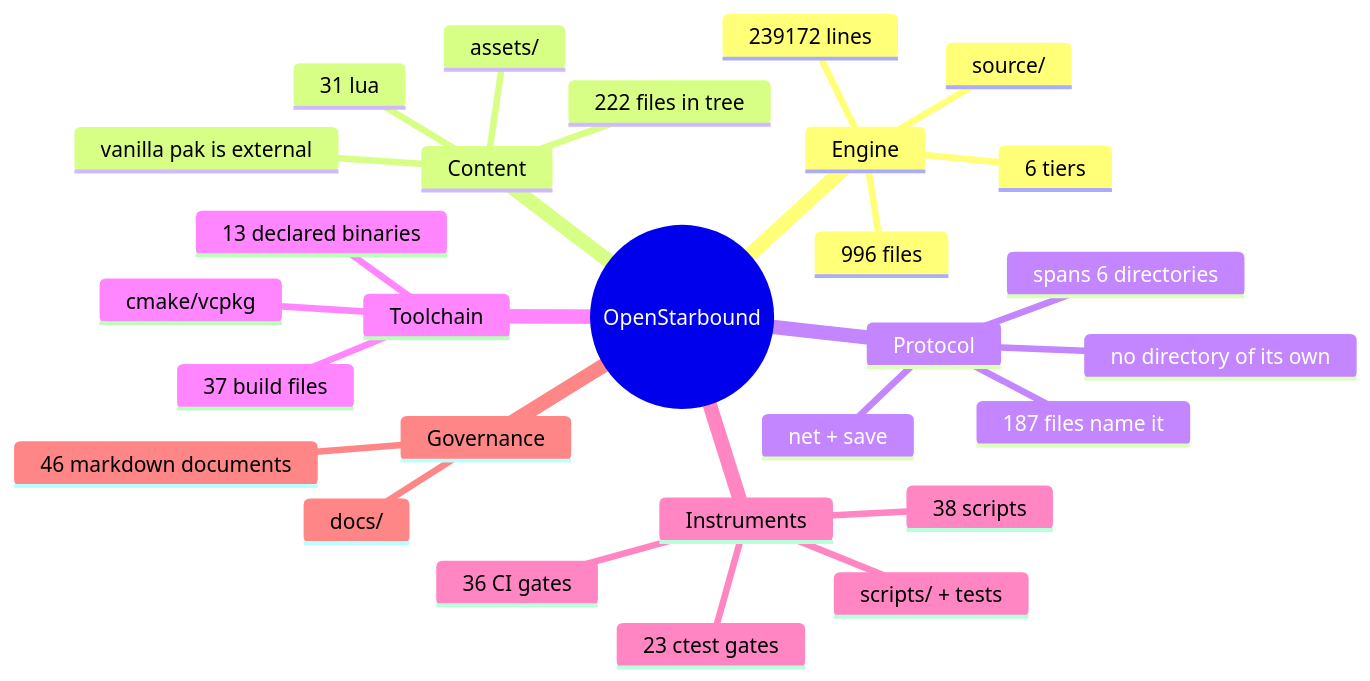
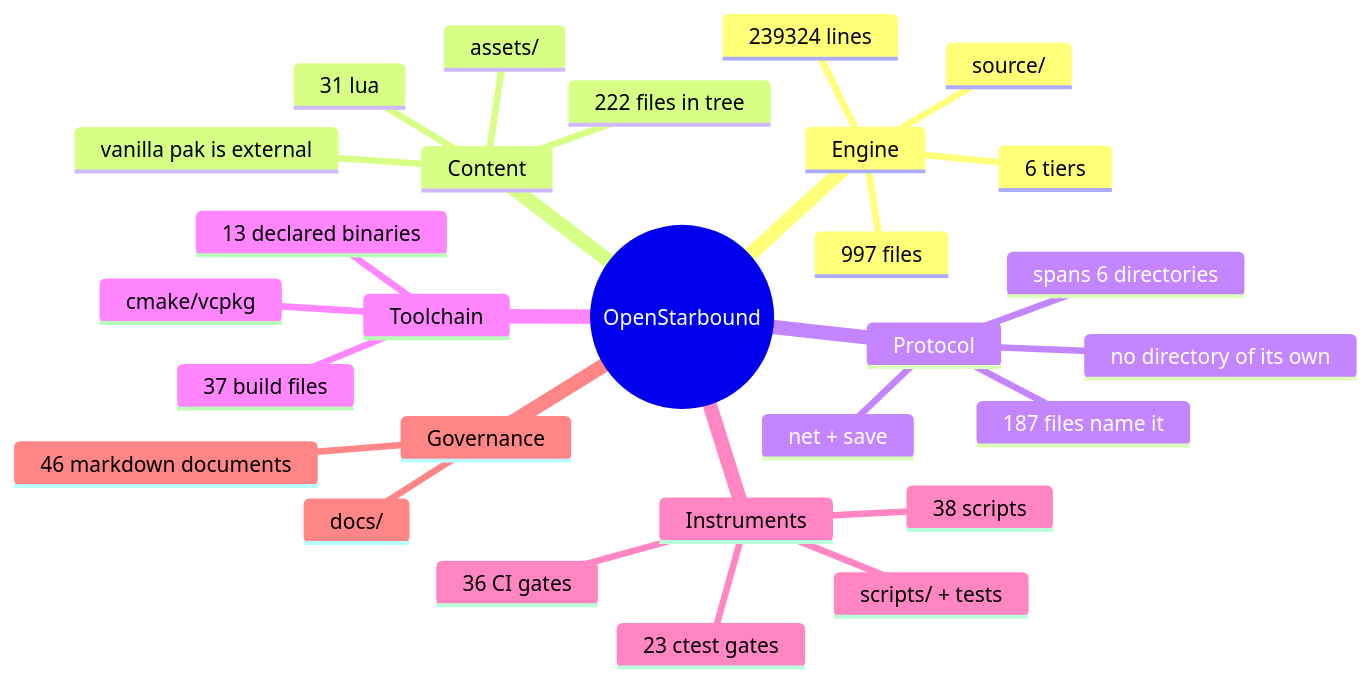
The second of 11 diagrams in docs/architecture/system-boundaries.md (apnex/OpenStarbound), drawn with Mermaid before and after one commit. The commit also changed other lines of this file and 11 other files, not shown here.

````diff
--- a/docs/architecture/system-boundaries.md
+++ b/docs/architecture/system-boundaries.md
@@ -166,31 +166,31 @@
 ```mermaid
 mindmap
   root((OpenStarbound))
     Engine
       source/
-      996 files
-      239172 lines
+      997 files
+      239324 lines
       6 tiers
     Content
       assets/
       222 files in tree
       31 lua
       vanilla pak is external
     Protocol
       net + save
       187 files name it
       spans 6 directories
       no directory of its own
     Toolchain
       cmake/vcpkg
       37 build files
       13 declared binaries
     Instruments
       scripts/ + tests
       38 scripts
       23 ctest gates
       36 CI gates
     Governance
       docs/
       46 markdown documents
 ```
````
